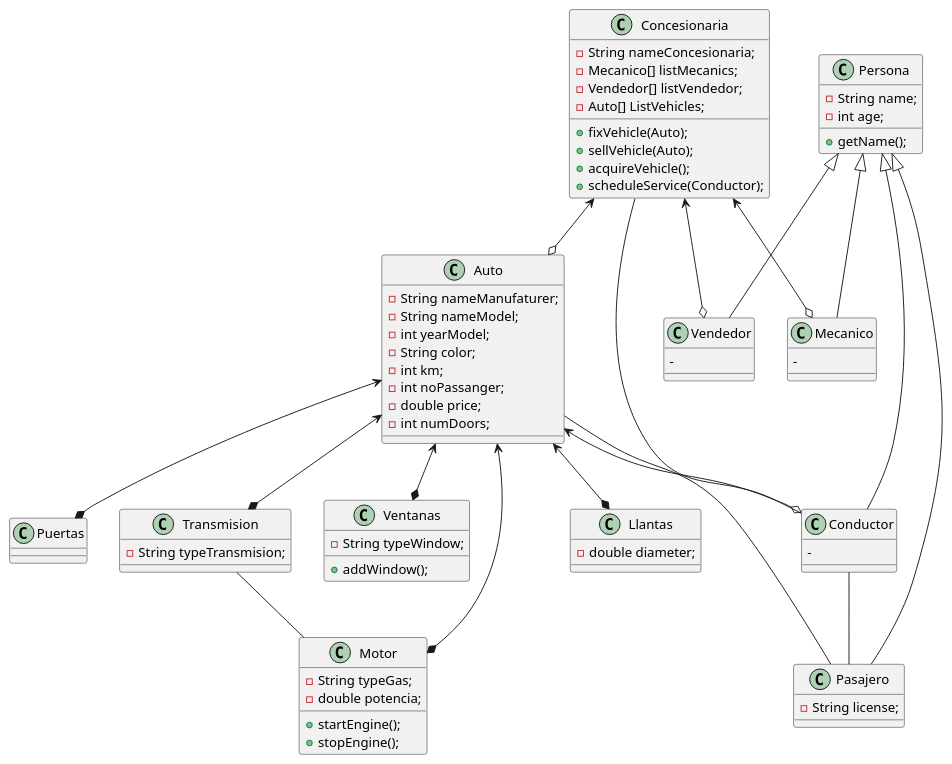
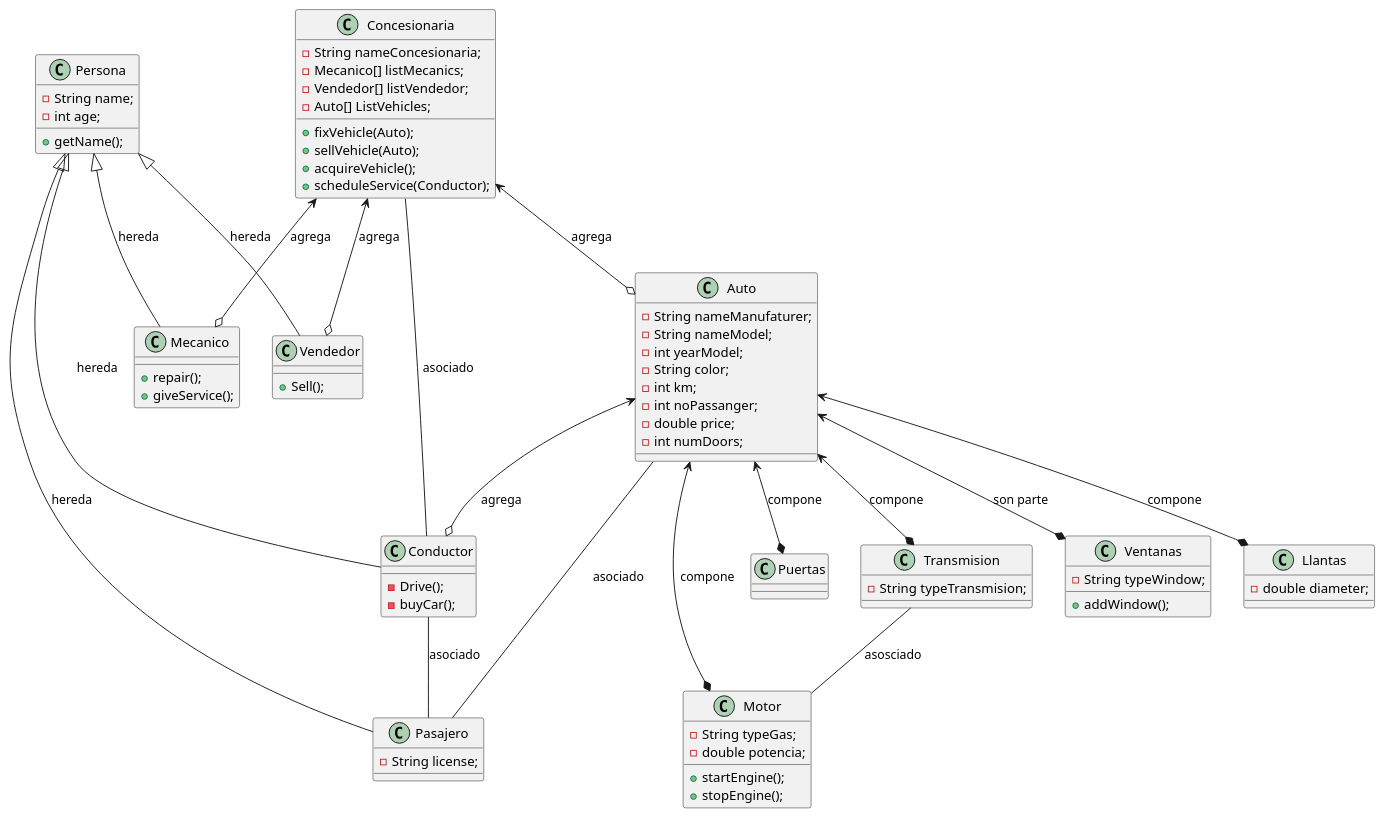
Before and after one commit to CarlaPerezGavilan/Hola: the diagram in Tareas/A3.1Vehiculos/tst.puml, drawn with PlantUML. The commit also changed 19 other files, not shown here.

```diff
--- a/Tareas/A3.1Vehiculos/tst.puml
+++ b/Tareas/A3.1Vehiculos/tst.puml
@@ -1,84 +1,84 @@
 @startuml
 class Auto{
     -String nameManufaturer;
     -String nameModel;
     -int yearModel;
     -String color;
     -int km;
     -int noPassanger;
     -double price;
     -int numDoors;
 }
 
 class Puertas{
 }
 
 class Transmision{
     -String typeTransmision;
 }
 
 class Ventanas{
     -String typeWindow;
     +addWindow();
 }
 class Llantas{
     -double diameter;
 }
 
 class Motor{
     -String typeGas;
     -double potencia;
     +startEngine();
     +stopEngine();
 }
 class Concesionaria{
     -String nameConcesionaria;
     -Mecanico[] listMecanics;
     -Vendedor[] listVendedor;
     -Auto[] ListVehicles;
     +fixVehicle(Auto);
     +sellVehicle(Auto);
     +acquireVehicle();
     +scheduleService(Conductor);
 }
 
 class Mecanico{
-    -
+    +repair();
+    +giveService();
 }
 class Vendedor{
-    -
+    +Sell();
 }
 class Conductor{
-    -
+    -Drive();
+    -buyCar();
 }
 class Pasajero{
     -String license;
 }
 class Persona{
     -String name;
     -int age;
     +getName();
 }
-Auto <--* Ventanas
-Auto <--* Motor
-Auto <--* Puertas
-Auto <--* Llantas
-Auto <--* Transmision
+Auto <--* Ventanas: son parte
+Auto <--* Motor: compone
+Auto <--* Puertas: compone
+Auto <--* Llantas: compone
+Auto <--* Transmision:compone
 
-Persona <|-- Pasajero
-Persona <|-- Mecanico
-Persona <|-- Vendedor
-Persona <|-- Conductor
+Persona <|-- Pasajero: hereda
+Persona <|-- Mecanico: hereda
+Persona <|-- Vendedor: hereda
+Persona <|-- Conductor: hereda
 
-Concesionaria <--o Mecanico
-Concesionaria <--o Vendedor
-Concesionaria <--o Auto
-Auto <--o Conductor
+Concesionaria <--o Mecanico: agrega
+Concesionaria <--o Vendedor: agrega
+Concesionaria <--o Auto: agrega
+Auto <--o Conductor: agrega
 
-Transmision--Motor
-Conductor--Pasajero
-Auto--Pasajero
-Concesionaria--Conductor
-
-
+Transmision--Motor: asosciado
+Conductor--Pasajero: asociado
+Auto--Pasajero: asociado
+Concesionaria--Conductor: asociado
 @enduml
```
